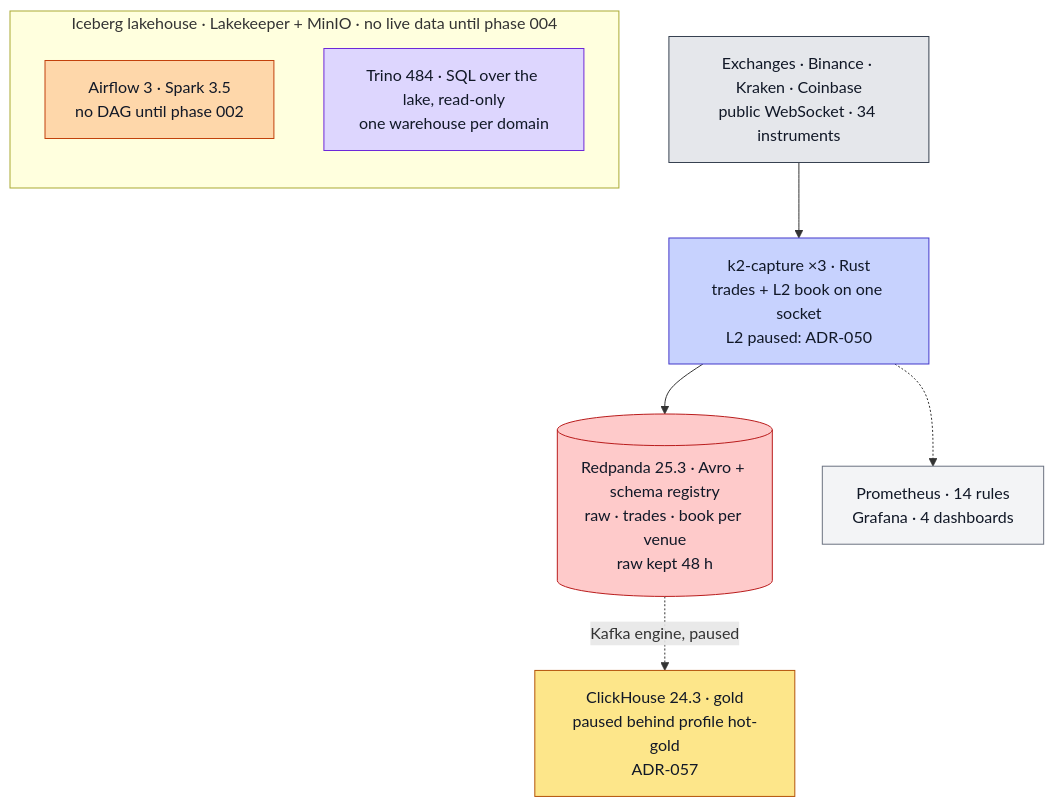
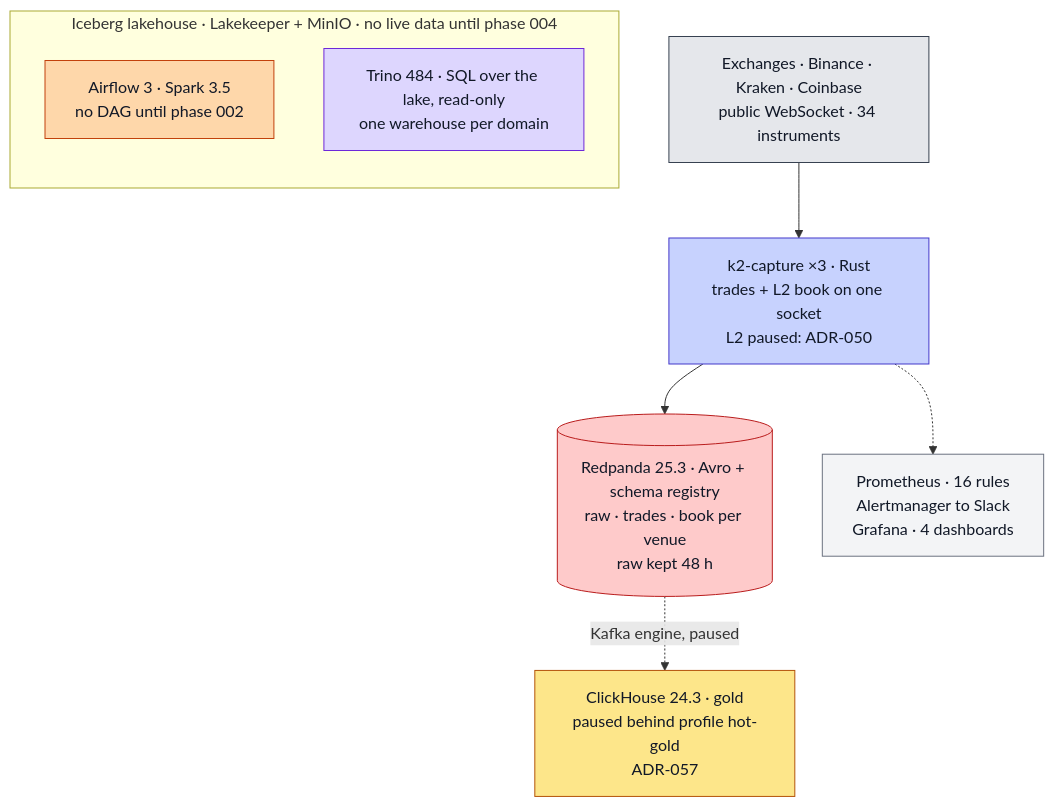
The diagram in README.md (rjdscott/k2-market-data-platform), drawn with Mermaid before and after one commit. The commit also changed other lines of this file and 26 other files, not shown here.

First line of the commit message:
feat(alerts): Alertmanager to Slack through a local webhook file (S09)

````diff
--- a/README.md
+++ b/README.md
@@ -75,25 +75,25 @@
 ```mermaid
 flowchart TB
   E["Exchanges · Binance · Kraken · Coinbase<br/>public WebSocket · 34 instruments"]:::ex
   F["k2-capture ×3 · Rust<br/>trades + L2 book on one socket<br/>L2 paused: ADR-050"]:::rs
   R[("Redpanda 25.3 · Avro + schema registry<br/>raw · trades · book per venue<br/>raw kept 48 h")]:::rp
   C["ClickHouse 24.3 · gold<br/>paused behind profile hot-gold<br/>ADR-057"]:::ch
   subgraph L["Iceberg lakehouse · Lakekeeper + MinIO · no live data until phase 004"]
     direction TB
     S["Airflow 3 · Spark 3.5<br/>no DAG until phase 002"]:::sp
     T["Trino 484 · SQL over the lake, read-only<br/>one warehouse per domain"]:::nb
   end
-  O["Prometheus · 14 rules<br/>Grafana · 4 dashboards"]:::ob
+  O["Prometheus · 16 rules<br/>Alertmanager to Slack<br/>Grafana · 4 dashboards"]:::ob
 
   E --> F --> R
   R -.->|Kafka engine, paused| C
   F -.-> O
 
   classDef ex fill:#e5e7eb,stroke:#374151,color:#111827
   classDef rs fill:#c7d2fe,stroke:#4338ca,color:#111827
   classDef rp fill:#fecaca,stroke:#b91c1c,color:#111827
   classDef sp fill:#fed7aa,stroke:#c2410c,color:#111827
   classDef ch fill:#fde68a,stroke:#b45309,color:#111827
   classDef nb fill:#ddd6fe,stroke:#6d28d9,color:#111827
   classDef ob fill:#f3f4f6,stroke:#6b7280,color:#111827
 ```
````
